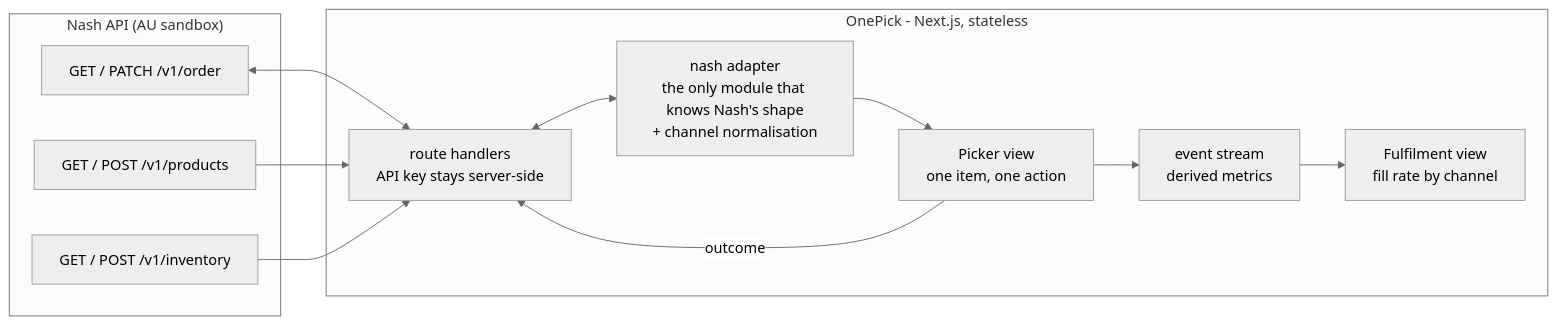
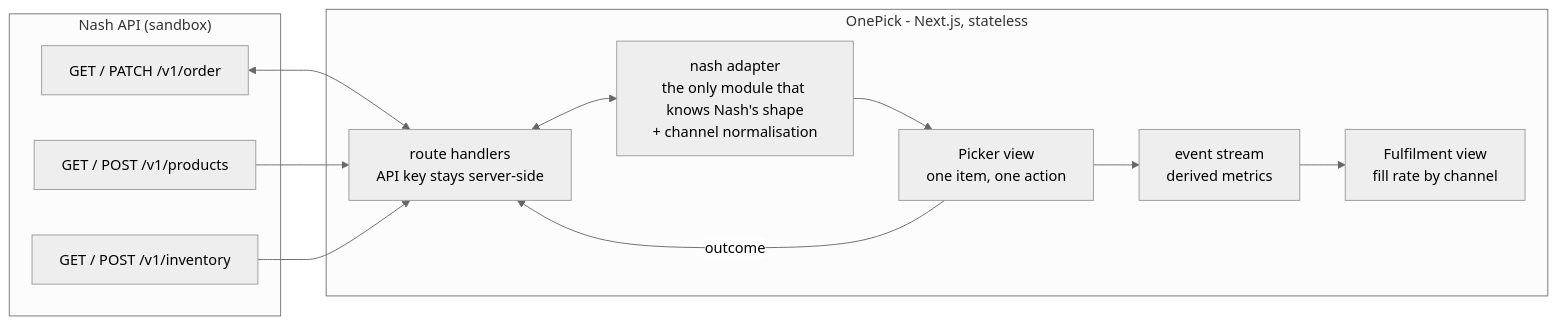
The diagram in docs/ARCHITECTURE.md (shawn-dsz/nash-picker), drawn with Mermaid (neutral theme) before and after one commit. The commit also changed 1 other file, not shown here.

Commit message:
docs: record the verified sandbox state - US region, store exists, catalog empty
Claude-Session: https://claude.ai/code/session_01RCb8ZxEfaAVfim257Vh9jb

````diff
--- a/docs/ARCHITECTURE.md
+++ b/docs/ARCHITECTURE.md
@@ -13,24 +13,24 @@
 ```mermaid
 flowchart LR
-  subgraph nash["Nash API (AU sandbox)"]
+  subgraph nash["Nash API (sandbox)"]
     orders["GET / PATCH /v1/order"]
     prod["GET / POST /v1/products"]
     inv["GET / POST /v1/inventory"]
   end
 
   subgraph app["OnePick - Next.js, stateless"]
     route["route handlers<br/>API key stays server-side"]
     adapter["nash adapter<br/>the only module that knows Nash's shape<br/>+ channel normalisation"]
     picker["Picker view<br/>one item, one action"]
     ops["Fulfilment view<br/>fill rate by channel"]
     events["event stream<br/>derived metrics"]
   end
 
   orders <--> route
   prod --> route
   inv --> route
   route <--> adapter
   adapter --> picker
   picker -- "outcome" --> route
   picker --> events --> ops
 ```
````
